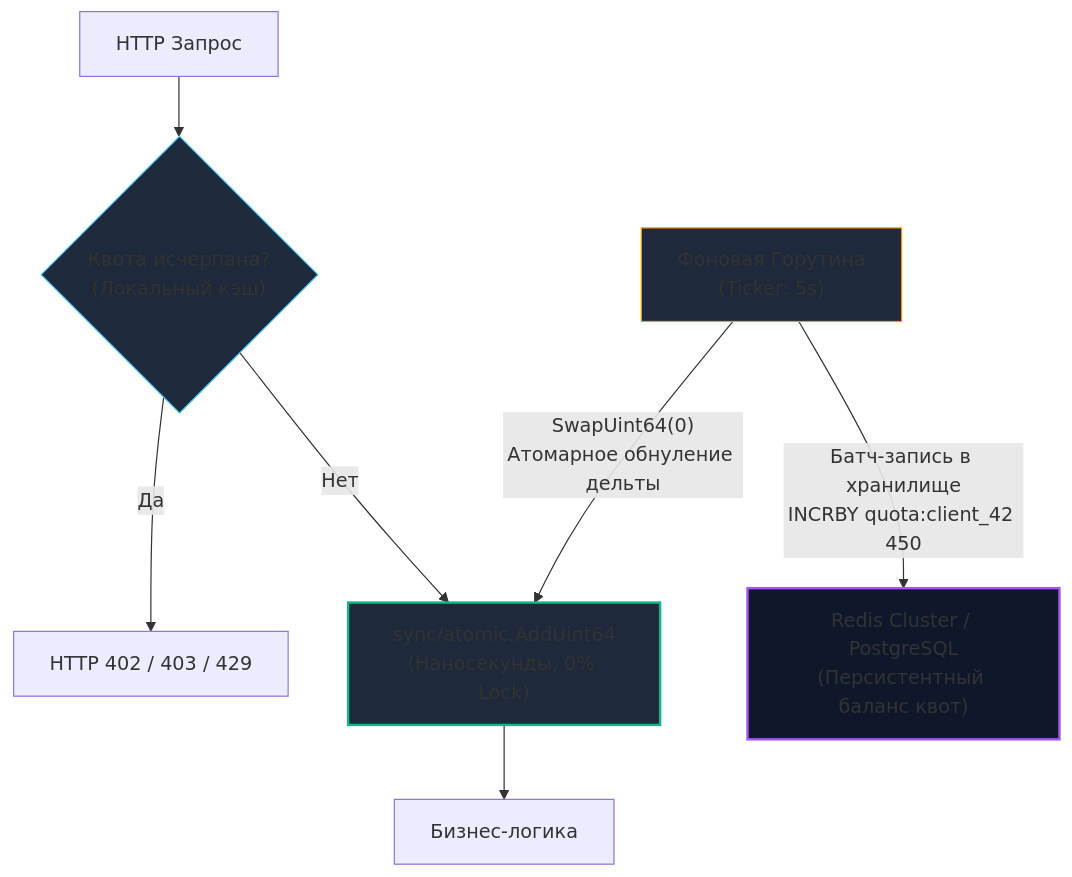
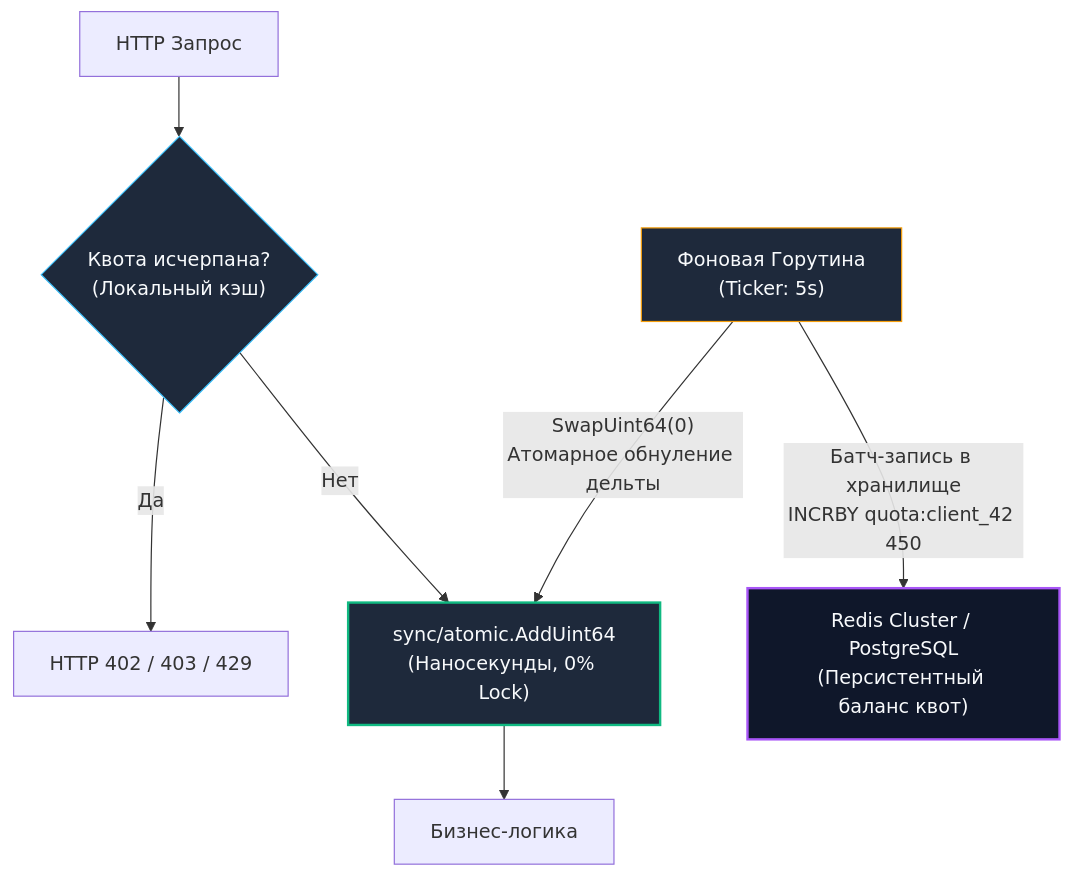
The second of 2 diagrams in sources/10. Проектирование API и Сетевые протоколы/30. API rate limiting и quotas.md (UnrealTemplier/go-textbook), drawn with Mermaid before and after one commit. The commit also changed other lines of this file and 310 other files, not shown here.

First line of the commit message:
fix(mermaid): replace light fill colors with dark palette for readability on dark theme

````diff
--- a/sources/10. Проектирование API и Сетевые протоколы/30. API rate limiting и quotas.md
+++ b/sources/10. Проектирование API и Сетевые протоколы/30. API rate limiting и quotas.md
@@ -106,15 +106,15 @@
 ```mermaid
 flowchart TD
     Req["HTTP Запрос"] --> LocalCheck{"Квота исчерпана?<br>(Локальный кэш)"}
     LocalCheck -->|Да| Reject["HTTP 402 / 403 / 429"]
     LocalCheck -->|Нет| AtomicInc["sync/atomic.AddUint64<br>(Наносекунды, 0% Lock)"]
     AtomicInc --> Handler["Бизнес-логика"]
 
     Flusher["Фоновая Горутина<br>(Ticker: 5s)"] -->|"SwapUint64(0)<br>Атомарное обнуление дельты"| AtomicInc
     Flusher -->|"Батч-запись в хранилище<br>INCRBY quota:client_42 450"| Redis["Redis Cluster / PostgreSQL<br>(Персистентный баланс квот)"]
 
-    style LocalCheck fill:#1e293b,stroke:#38bdf8,stroke-width:1px
-    style AtomicInc fill:#1e293b,stroke:#10b981,stroke-width:2px
-    style Flusher fill:#1e293b,stroke:#f59e0b,stroke-width:1px
-    style Redis fill:#0f172a,stroke:#a855f7,stroke-width:2px
+    style LocalCheck fill:#1e293b,stroke:#38bdf8,stroke-width:1px,color:#f8fafc
+    style AtomicInc fill:#1e293b,stroke:#10b981,stroke-width:2px,color:#f8fafc
+    style Flusher fill:#1e293b,stroke:#f59e0b,stroke-width:1px,color:#f8fafc
+    style Redis fill:#0f172a,stroke:#a855f7,stroke-width:2px,color:#f8fafc
 ```
````
